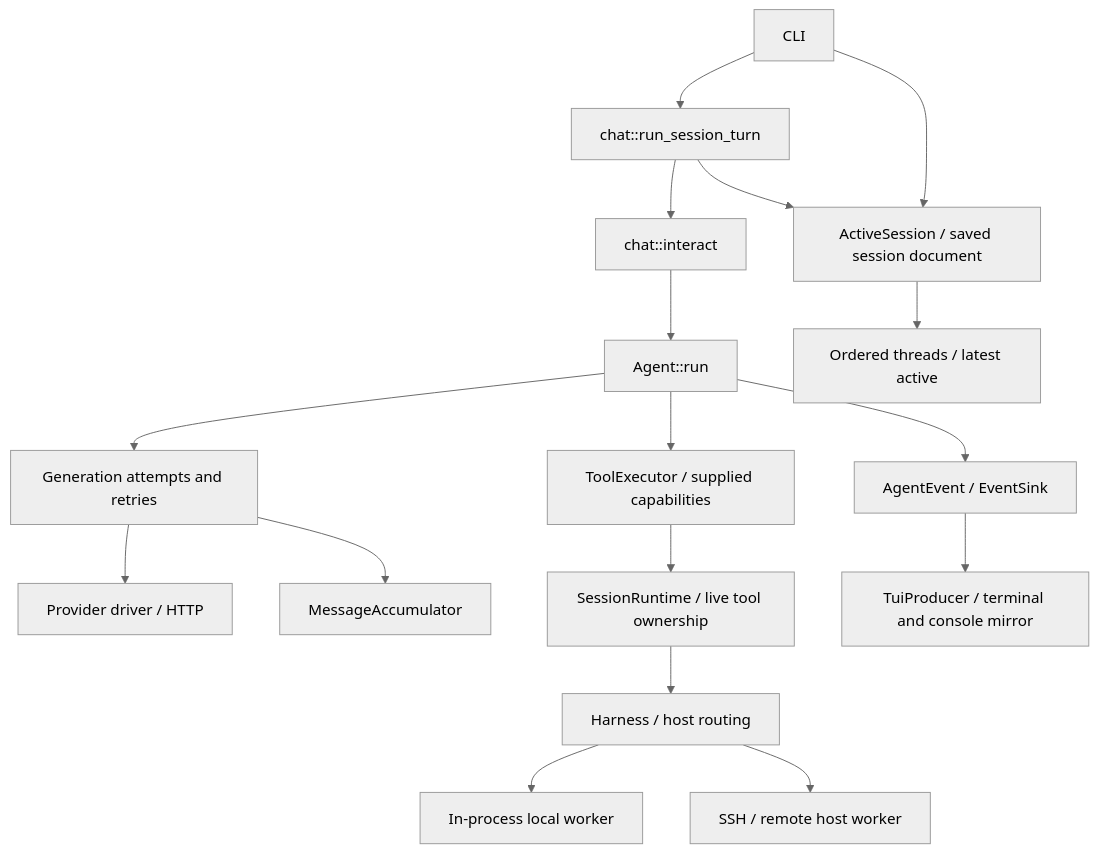
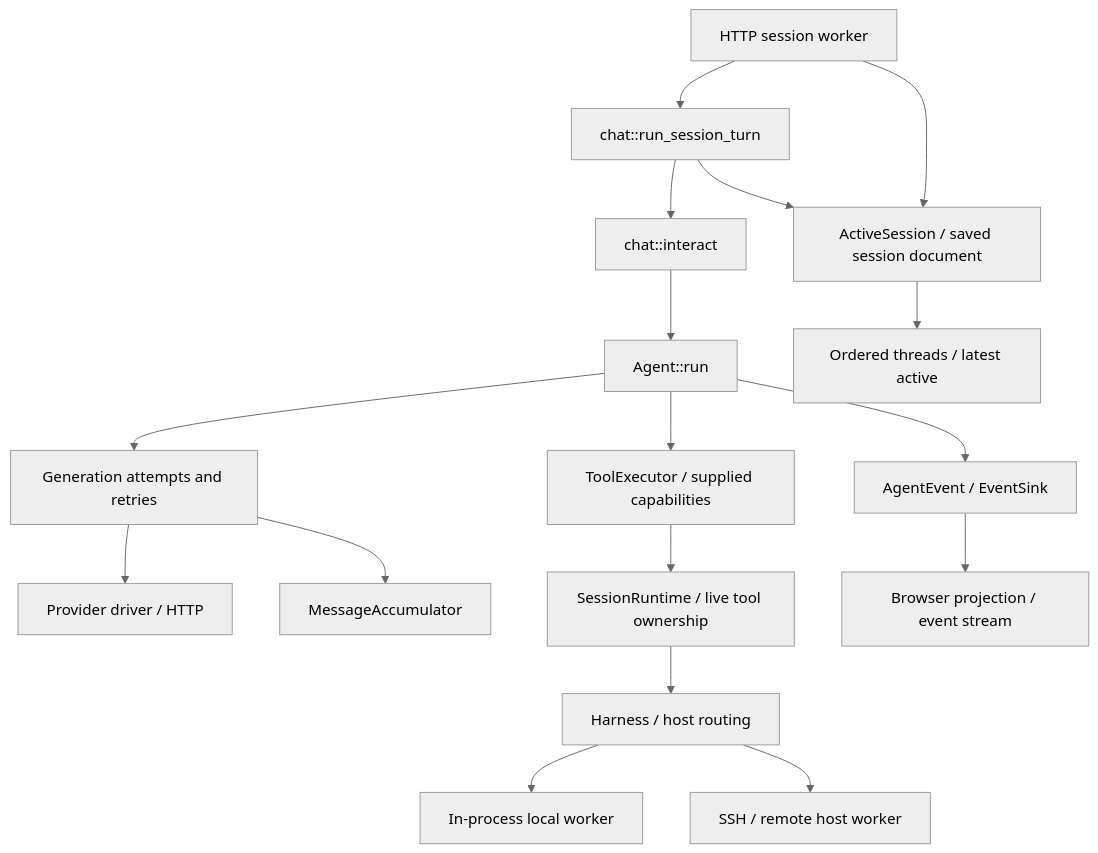
Before and after one commit to tsnl/myco: the diagram in TOUR.md, drawn with Mermaid (neutral theme). The commit also changed other lines of this file and 55 other files, not shown here.

Commit message:
feat!: make the browser server the sole chat interface (#249)

````diff
--- a/TOUR.md
+++ b/TOUR.md
@@ -39,19 +37,19 @@
 ```mermaid
 flowchart TD
-    CLI[CLI] --> Chat[chat::run_session_turn]
+    Server[HTTP session worker] --> Chat[chat::run_session_turn]
     Chat --> Input[chat::interact]
     Input --> Agent[Agent::run]
     Agent --> Generation[Generation attempts and retries]
     Generation --> Driver[Provider driver / HTTP]
     Generation --> Accumulator[MessageAccumulator]
     Agent --> Tools[ToolExecutor / supplied capabilities]
     Tools --> Runtime[SessionRuntime / live tool ownership]
     Runtime --> Harness[Harness / host routing]
     Harness --> Local[In-process local worker]
     Harness --> Remote[SSH / remote host worker]
     Agent --> Events[AgentEvent / EventSink]
-    Events --> UI[TuiProducer / terminal and console mirror]
-    CLI --> Session[ActiveSession / saved session document]
+    Events --> UI[Browser projection / event stream]
+    Server --> Session[ActiveSession / saved session document]
     Chat --> Session
     Session --> Threads[Ordered threads / latest active]
 ```
````
